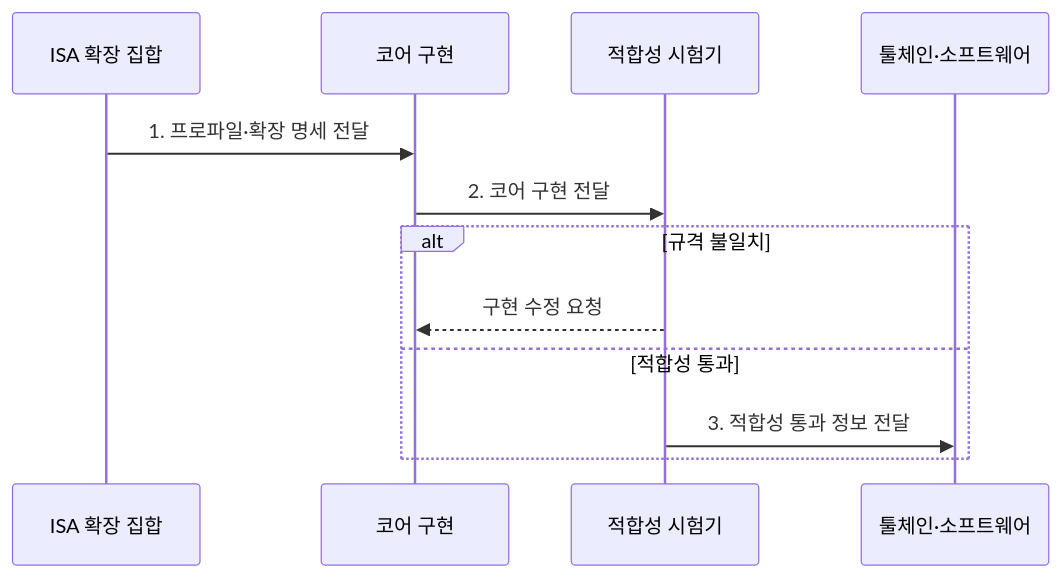
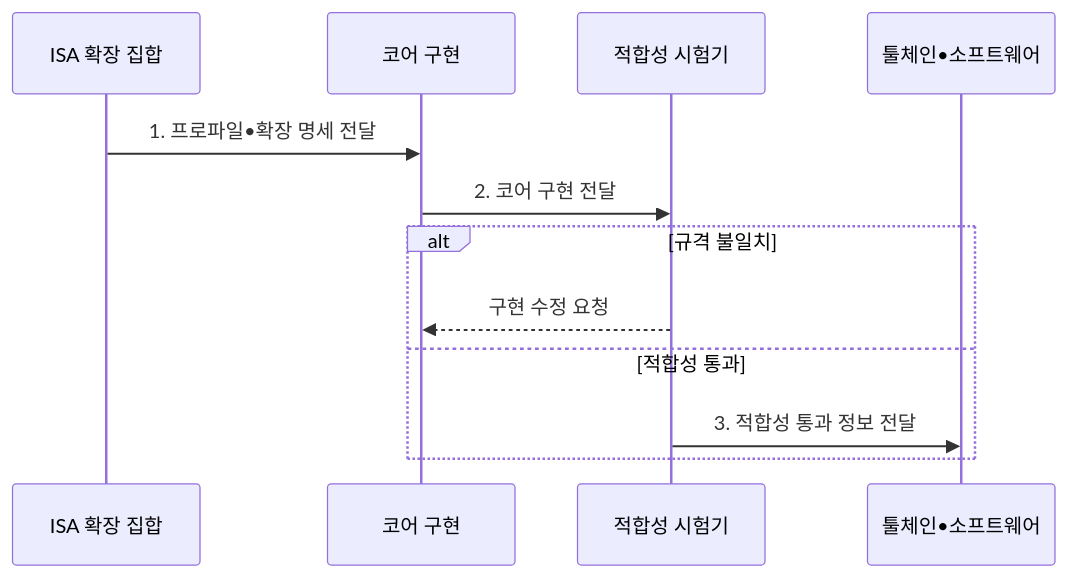
One commit to agnusdei1207/knowledge-base changed the second of 2 diagrams in src/content/docs/notes/02-hardware/004_risc_v.md. Above: the diagram before and after it, drawn with Mermaid. The commit also changed other lines of this file and 953 other files, not shown here.

````diff
--- a/src/content/docs/notes/02-hardware/004_risc_v.md
+++ b/src/content/docs/notes/02-hardware/004_risc_v.md
@@ -105,14 +105,14 @@
 ```mermaid
 sequenceDiagram
     participant E as ISA 확장 집합
     participant C as 코어 구현
     participant T as 적합성 시험기
-    participant S as 툴체인·소프트웨어
-    E->>C: 1. 프로파일·확장 명세 전달
+    participant S as 툴체인•소프트웨어
+    E->>C: 1. 프로파일•확장 명세 전달
     C->>T: 2. 코어 구현 전달
     alt 규격 불일치
         T-->>C: 구현 수정 요청
     else 적합성 통과
         T->>S: 3. 적합성 통과 정보 전달
     end
 ```
````
